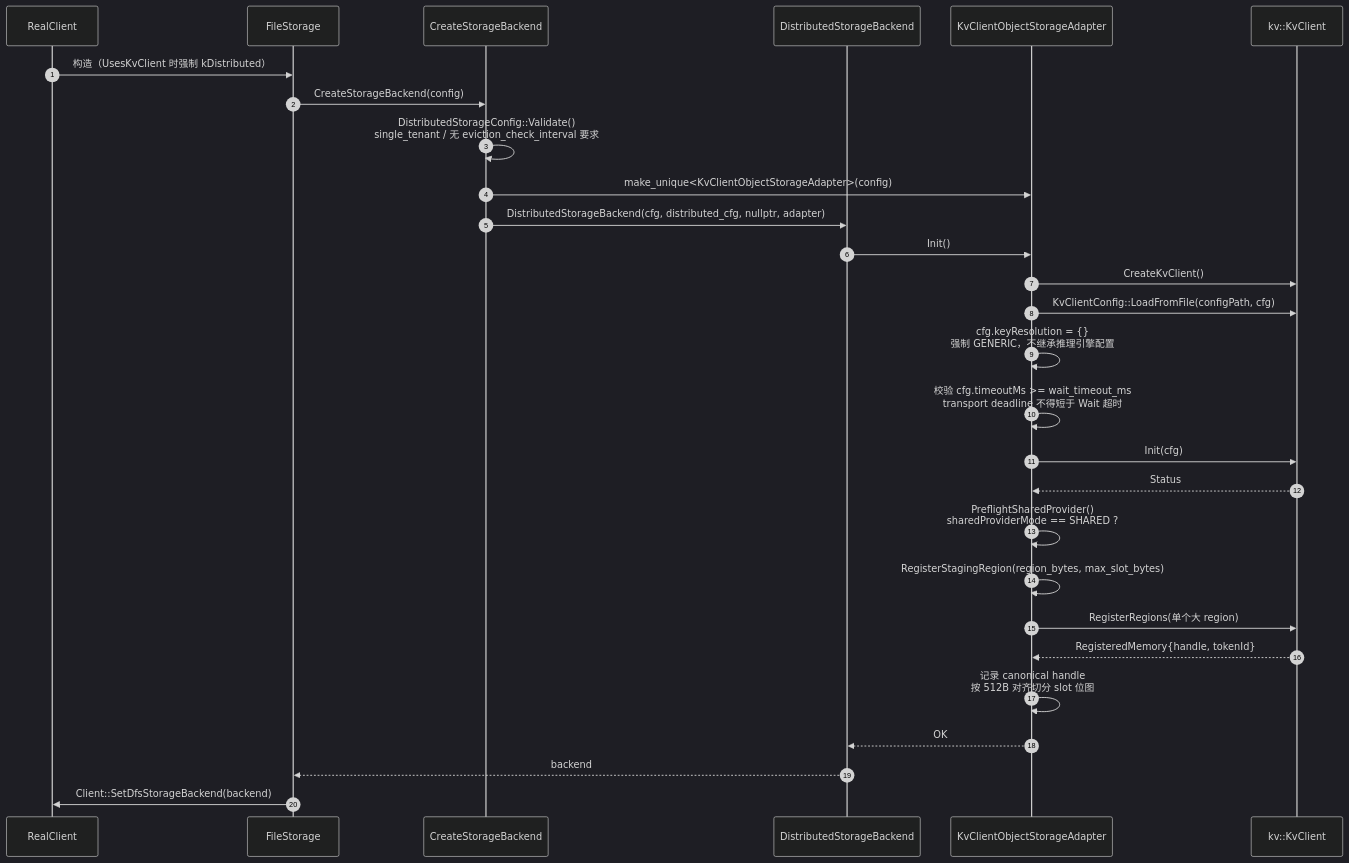
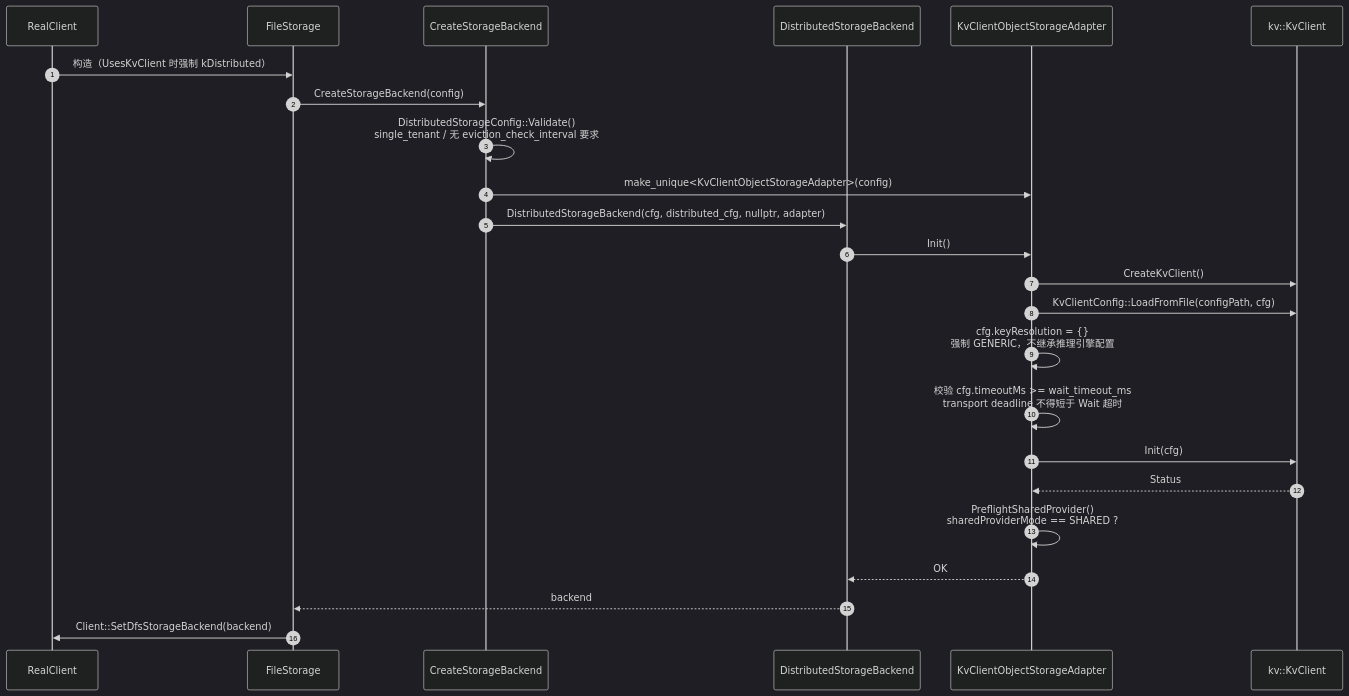
One commit to zwj20000328-dotcom/Mooncake-documents changed the eighth of 13 diagrams in Mooncake + KVClient L3 接入（Kvcs）- v3.md. Above: the diagram before and after it, drawn with Mermaid (dark theme). The commit also changed other lines of this file, not shown here.

First line of the commit message:
docs: drop staging fallback and mirror ASUStore buffer registration

````diff
--- a/Mooncake + KVClient L3 接入（Kvcs）- v3.md
+++ b/Mooncake + KVClient L3 接入（Kvcs）- v3.md
@@ -575,31 +564,27 @@
 ```mermaid
 sequenceDiagram
     autonumber
     participant RC as RealClient
     participant FS as FileStorage
     participant F as CreateStorageBackend
     participant BE as DistributedStorageBackend
     participant AD as KvClientObjectStorageAdapter
     participant SDK as kv::KvClient
 
     RC->>FS: 构造（UsesKvClient 时强制 kDistributed）
     FS->>F: CreateStorageBackend(config)
     F->>F: DistributedStorageConfig::Validate()<br/>single_tenant / 无 eviction_check_interval 要求
     F->>AD: make_unique<KvClientObjectStorageAdapter>(config)
     F->>BE: DistributedStorageBackend(cfg, distributed_cfg, nullptr, adapter)
     BE->>AD: Init()
     AD->>SDK: CreateKvClient()
     AD->>SDK: KvClientConfig::LoadFromFile(configPath, cfg)
     AD->>AD: cfg.keyResolution = {}<br/>强制 GENERIC，不继承推理引擎配置
     AD->>AD: 校验 cfg.timeoutMs >= wait_timeout_ms<br/>transport deadline 不得短于 Wait 超时
     AD->>SDK: Init(cfg)
     SDK-->>AD: Status
     AD->>AD: PreflightSharedProvider()<br/>sharedProviderMode == SHARED ?
-    AD->>AD: RegisterStagingRegion(region_bytes, max_slot_bytes)
-    AD->>SDK: RegisterRegions(单个大 region)
-    SDK-->>AD: RegisteredMemory{handle, tokenId}
-    AD->>AD: 记录 canonical handle<br/>按 512B 对齐切分 slot 位图
     AD-->>BE: OK
     BE-->>FS: backend
     FS->>RC: Client::SetDfsStorageBackend(backend)
 ```
````
